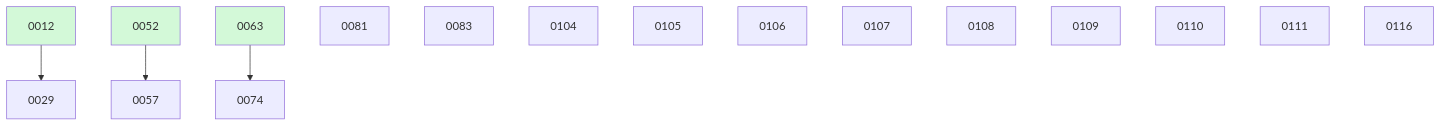
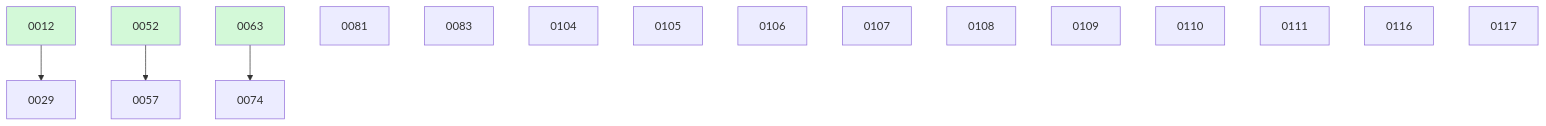
Before and after one commit to ethanhinson/fuse: the diagram in docs/changes/BOARD.md, drawn with Mermaid. The commit also changed other lines of this file and 1 other file, not shown here.

````diff
--- a/docs/changes/BOARD.md
+++ b/docs/changes/BOARD.md
@@ -34,21 +35,22 @@
 ```mermaid
 graph TD
   0012 --> 0029
   0052 --> 0057
   0063 --> 0074
   0081
   0083
   0104
   0105
   0106
   0107
   0108
   0109
   0110
   0111
   0116
+  0117
   0012:::done
   0052:::done
   0063:::done
   classDef done fill:#d3f9d8;
 ```
````
